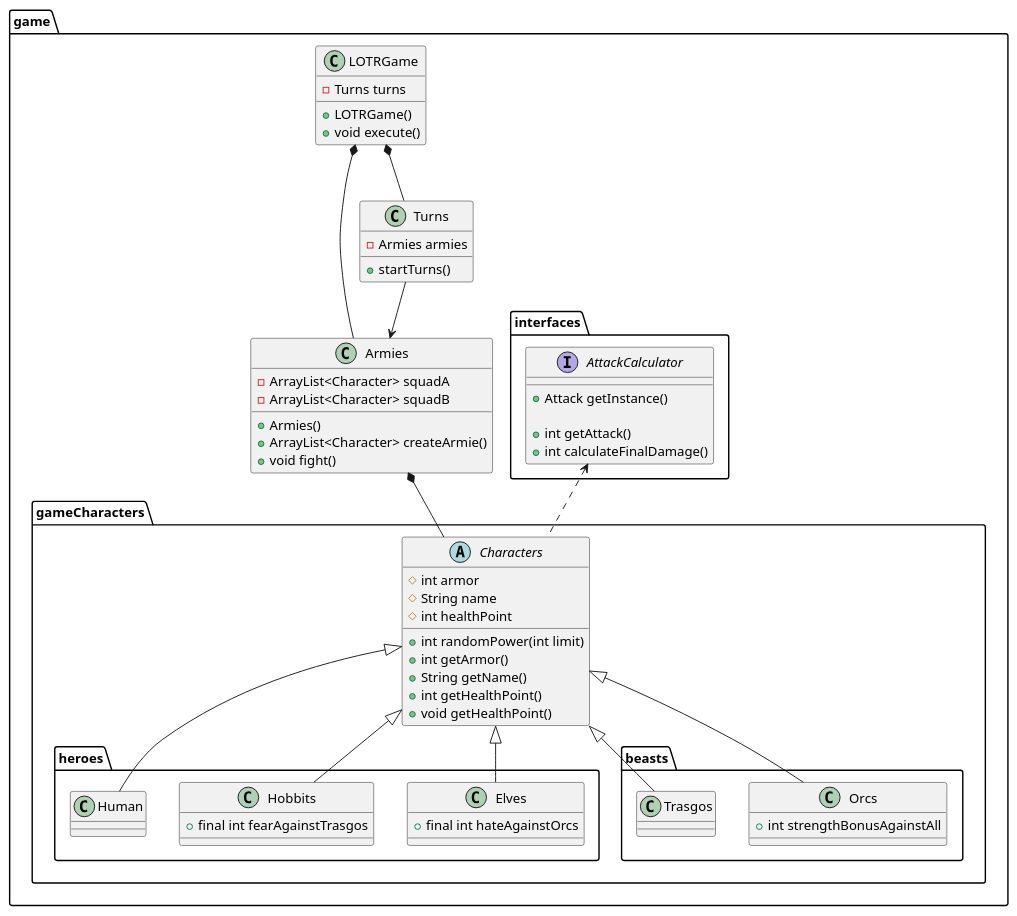
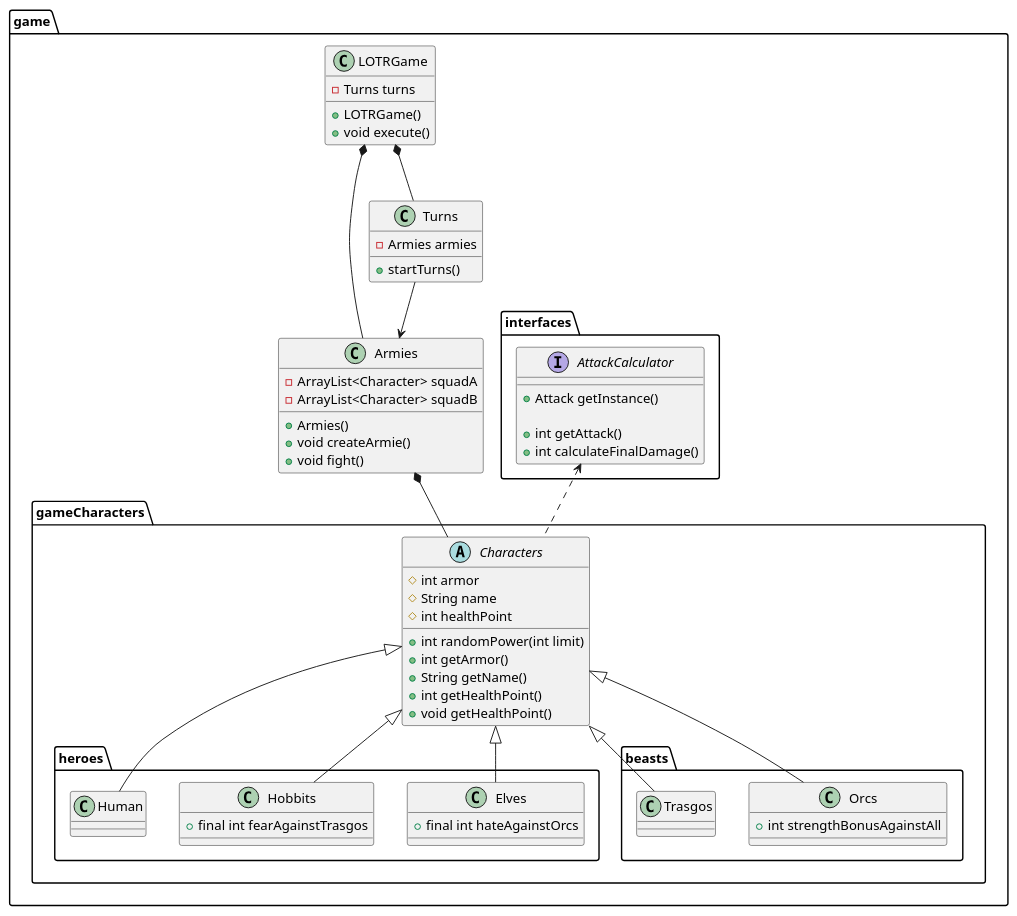
The diagram in doc/diagram-classes.puml (oliver-sierra-telus/DSU-w8-TLOTR-G2), drawn with PlantUML before and after one commit. The commit also changed 7 other files, not shown here.

```diff
--- a/doc/diagram-classes.puml
+++ b/doc/diagram-classes.puml
@@ -1,107 +1,107 @@
 @startuml LOTRGame
 
 
 
 
 package game{
     Class LOTRGame{
         -Turns turns
 
         +LOTRGame()
         +void execute()
 
     }
     Class Armies{
         -ArrayList<Character> squadA
         -ArrayList<Character> squadB
 
         +Armies()
-        +ArrayList<Character> createArmie()
+        +void createArmie()
         +void fight()
     }
 
     Class Turns{
         -Armies armies
 
         +startTurns()
 
     }
 
     package interfaces{
 
         interface AttackCalculator{
             +Attack getInstance()
 
             +int getAttack()
             +int calculateFinalDamage()
 
         }
 
     }
 
 
     package gameCharacters{
 
         Abstract Class Characters{
             #int armor
             #String name
             #int healthPoint
 
             +int randomPower(int limit)
             +int getArmor()
             +String getName()
             +int getHealthPoint()
             +void getHealthPoint()
 
         }
 
         package heroes{
             Class Elves{
                 +final int hateAgainstOrcs
             }
 
             Class Hobbits{
                 +final int fearAgainstTrasgos
             }
             Class Human{
 
             }
 
 
         }
 
         package beasts{
 
 
             Class Orcs{
                 +int strengthBonusAgainstAll
             }
             Class Trasgos{
             }
 
         }
 
     }
 }
 
 
 
 LOTRGame *-- Turns
 LOTRGame *-- Armies
 
 Turns --> Armies
 
 Armies *-- Characters
 
 Characters .up.> AttackCalculator
 
 Characters <|-- Elves
 Characters <|-- Hobbits
 Characters <|-- Human
 
 Characters <|-- Orcs
 Characters <|-- Trasgos
 
 
 
 @enduml
```
